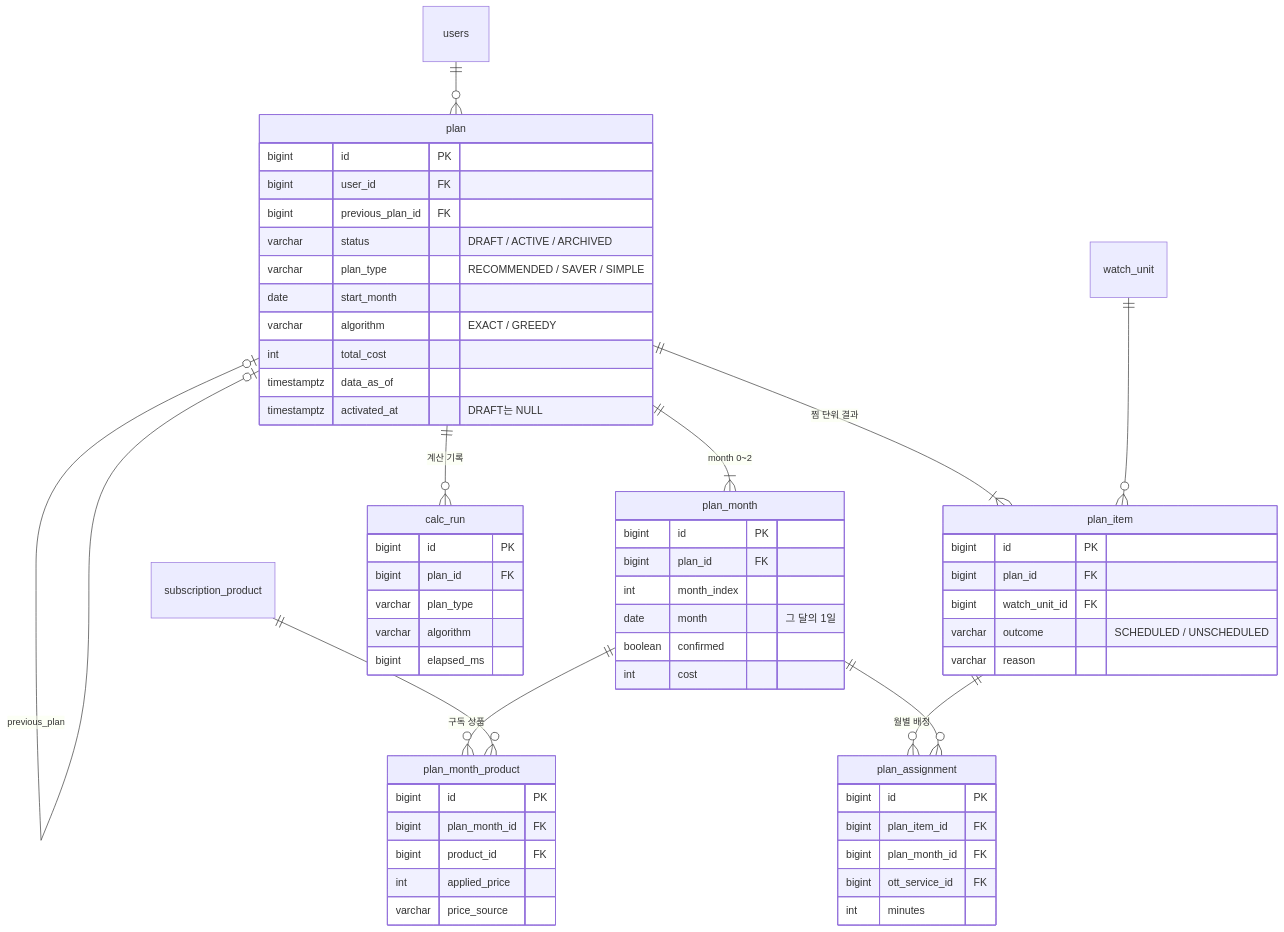
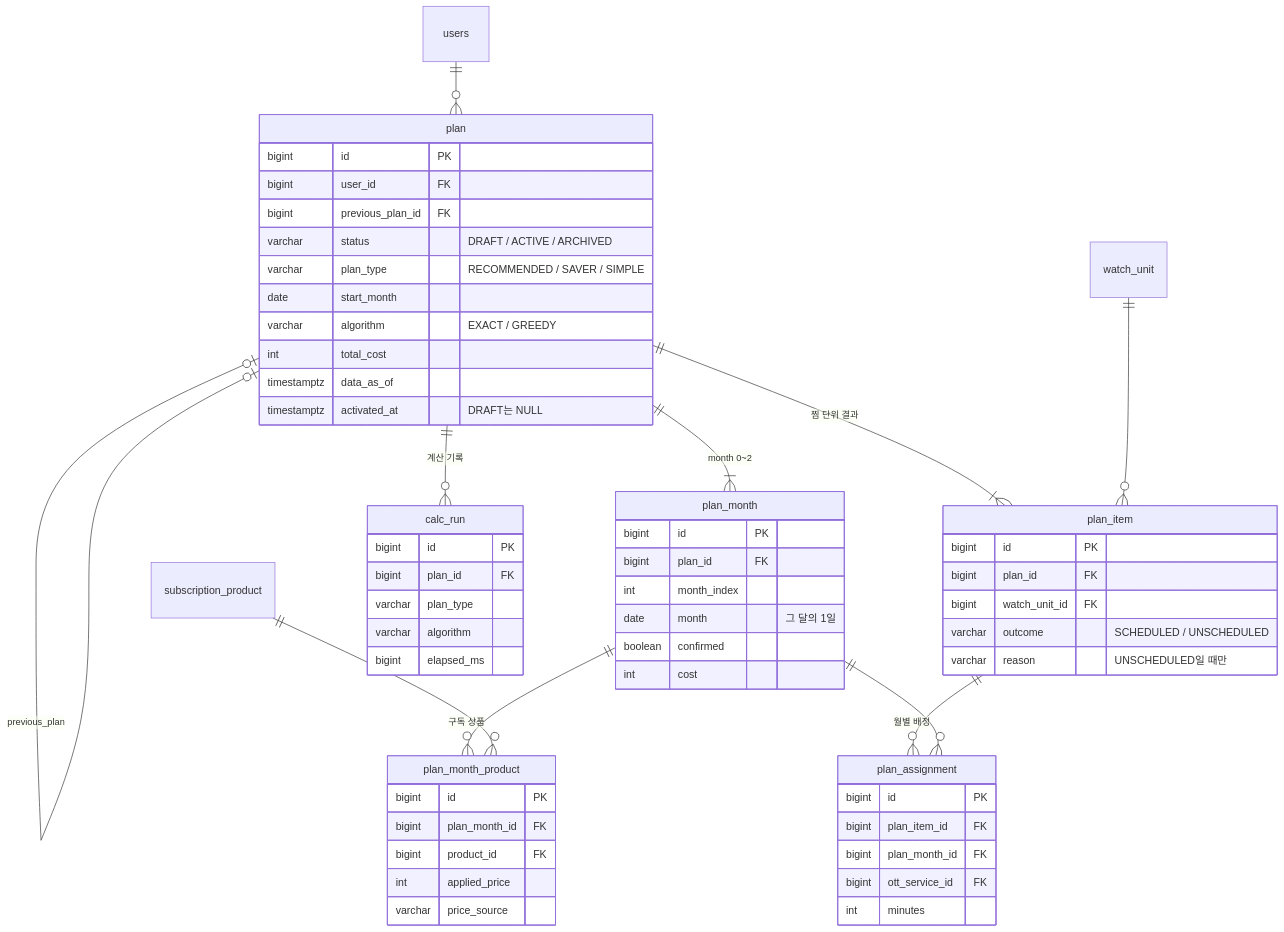
Before and after one commit to msw-Hub/ottnavi: the fifth of 5 diagrams in docs/ERD.md, drawn with Mermaid. The commit also changed other lines of this file, not shown here.

First line of the commit message:
docs: ERD 조건부 NULL 컬럼(unknown_reason, plan_item.reason)에 NULL 허용 표기 추가

````diff
--- a/docs/ERD.md
+++ b/docs/ERD.md
@@ -309,61 +309,61 @@
 ```mermaid
 erDiagram
   users ||--o{ plan : ""
   plan |o--o| plan : "previous_plan"
   plan ||--|{ plan_month : "month 0~2"
   plan ||--|{ plan_item : "찜 단위 결과"
   plan_month ||--o{ plan_month_product : "구독 상품"
   subscription_product ||--o{ plan_month_product : ""
   plan_item ||--o{ plan_assignment : "월별 배정"
   plan_month ||--o{ plan_assignment : ""
   watch_unit ||--o{ plan_item : ""
   plan ||--o{ calc_run : "계산 기록"
   plan {
     bigint id PK
     bigint user_id FK
     bigint previous_plan_id FK
     varchar status "DRAFT / ACTIVE / ARCHIVED"
     varchar plan_type "RECOMMENDED / SAVER / SIMPLE"
     date start_month
     varchar algorithm "EXACT / GREEDY"
     int total_cost
     timestamptz data_as_of
     timestamptz activated_at "DRAFT는 NULL"
   }
   plan_month {
     bigint id PK
     bigint plan_id FK
     int month_index
     date month "그 달의 1일"
     boolean confirmed
     int cost
   }
   plan_month_product {
     bigint id PK
     bigint plan_month_id FK
     bigint product_id FK
     int applied_price
     varchar price_source
   }
   plan_item {
     bigint id PK
     bigint plan_id FK
     bigint watch_unit_id FK
     varchar outcome "SCHEDULED / UNSCHEDULED"
-    varchar reason
+    varchar reason "UNSCHEDULED일 때만"
   }
   plan_assignment {
     bigint id PK
     bigint plan_item_id FK
     bigint plan_month_id FK
     bigint ott_service_id FK
     int minutes
   }
   calc_run {
     bigint id PK
     bigint plan_id FK
     varchar plan_type
     varchar algorithm
     bigint elapsed_ms
   }
 ```
````
